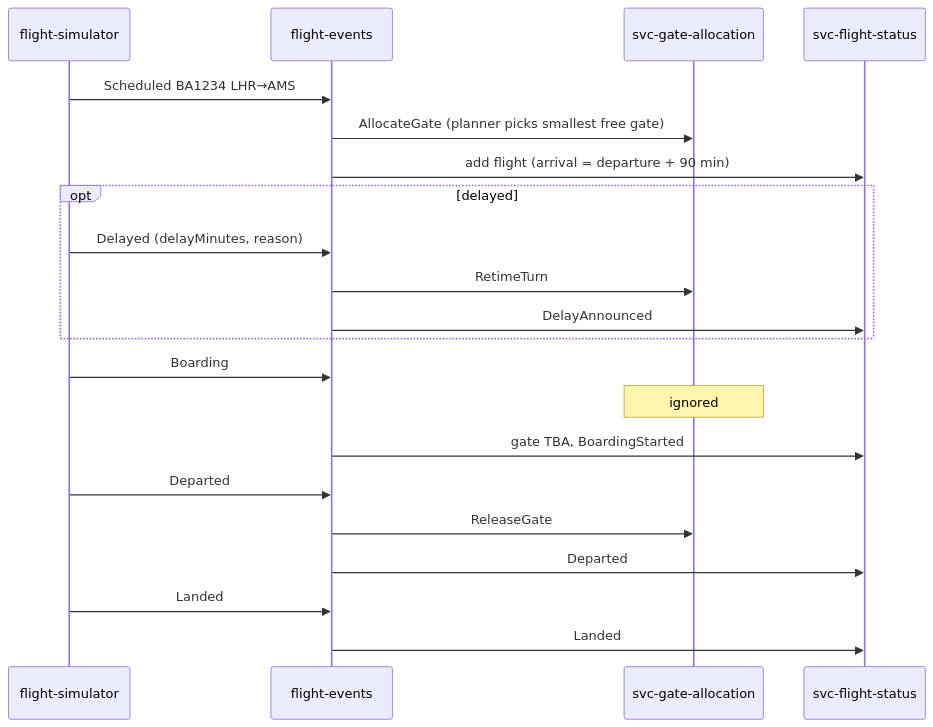
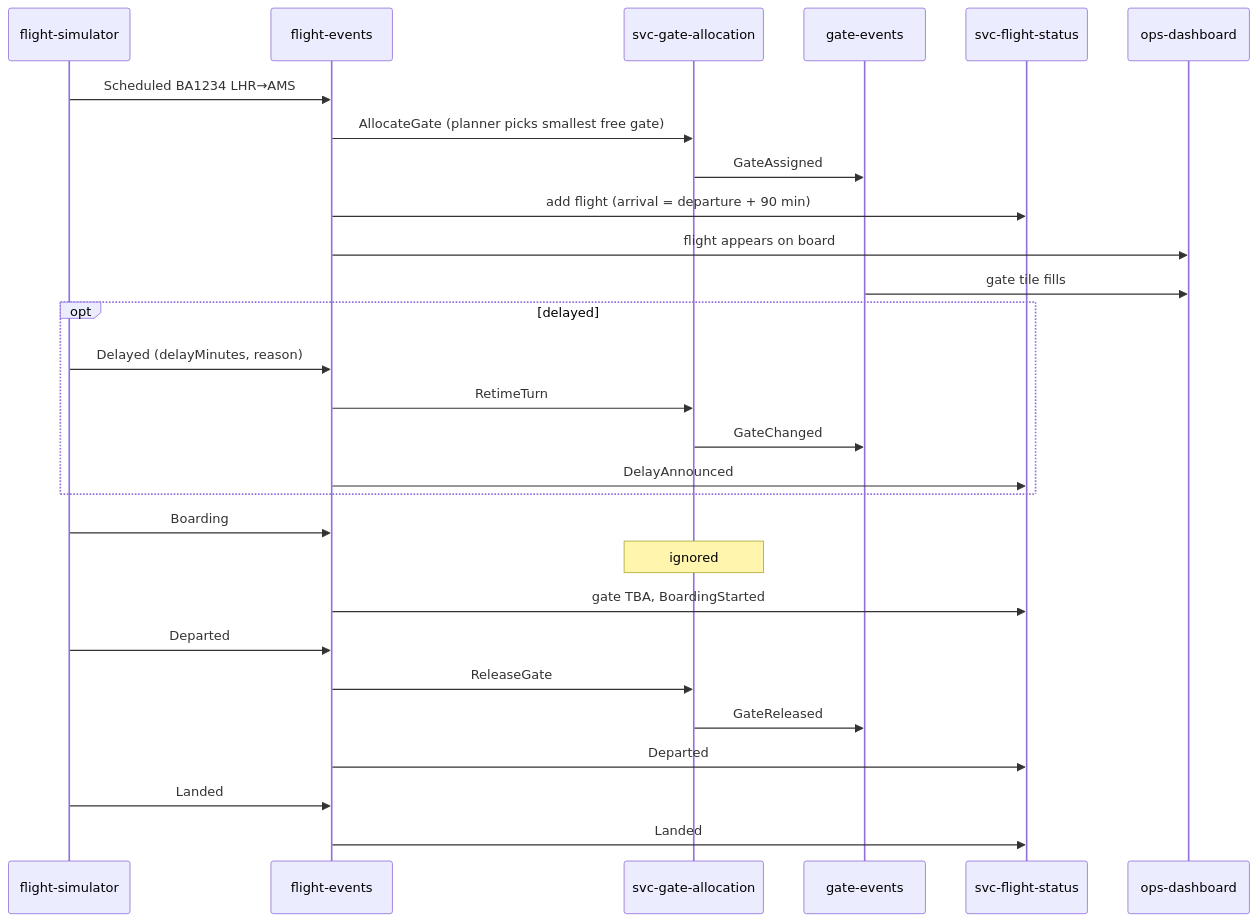
Before and after one commit to aeroflow-air/platform-handbook: the third of 4 diagrams in docs/architecture/airport-overview.md, drawn with Mermaid. The commit also changed other lines of this file, not shown here.

First line of the commit message:
docs: refresh airport overview for gate-events and live dashboard

````diff
--- a/docs/architecture/airport-overview.md
+++ b/docs/architecture/airport-overview.md
@@ -132,23 +145,30 @@
 ```mermaid
 sequenceDiagram
   participant Sim as flight-simulator
   participant FE as flight-events
   participant Gate as svc-gate-allocation
+  participant GE as gate-events
   participant FS as svc-flight-status
+  participant Dash as ops-dashboard
   Sim->>FE: Scheduled BA1234 LHR→AMS
   FE->>Gate: AllocateGate (planner picks smallest free gate)
+  Gate->>GE: GateAssigned
   FE->>FS: add flight (arrival = departure + 90 min)
+  FE->>Dash: flight appears on board
+  GE->>Dash: gate tile fills
   opt delayed
     Sim->>FE: Delayed (delayMinutes, reason)
     FE->>Gate: RetimeTurn
+    Gate->>GE: GateChanged
     FE->>FS: DelayAnnounced
   end
   Sim->>FE: Boarding
   Note over Gate: ignored
   FE->>FS: gate TBA, BoardingStarted
   Sim->>FE: Departed
   FE->>Gate: ReleaseGate
+  Gate->>GE: GateReleased
   FE->>FS: Departed
   Sim->>FE: Landed
   FE->>FS: Landed
 ```
````
